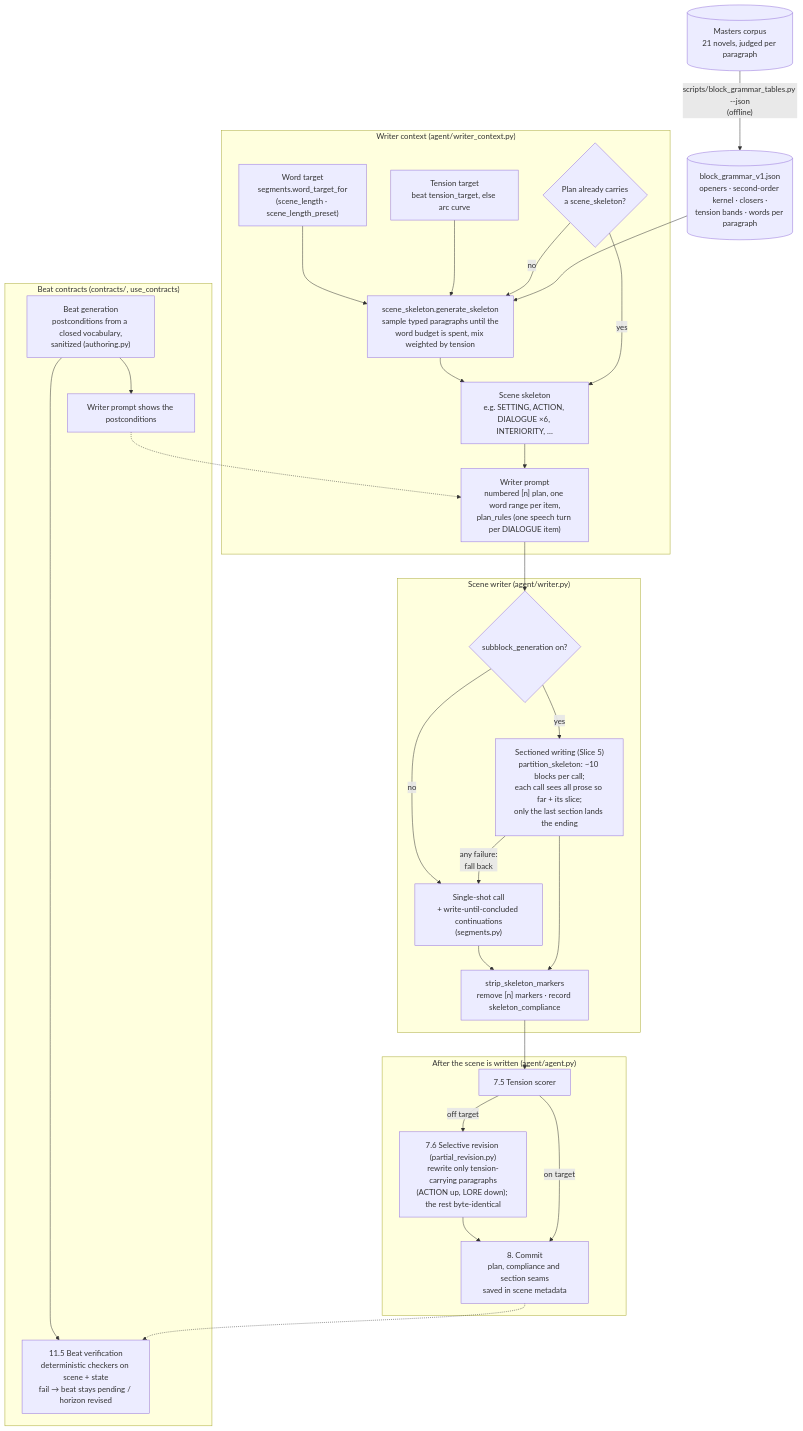
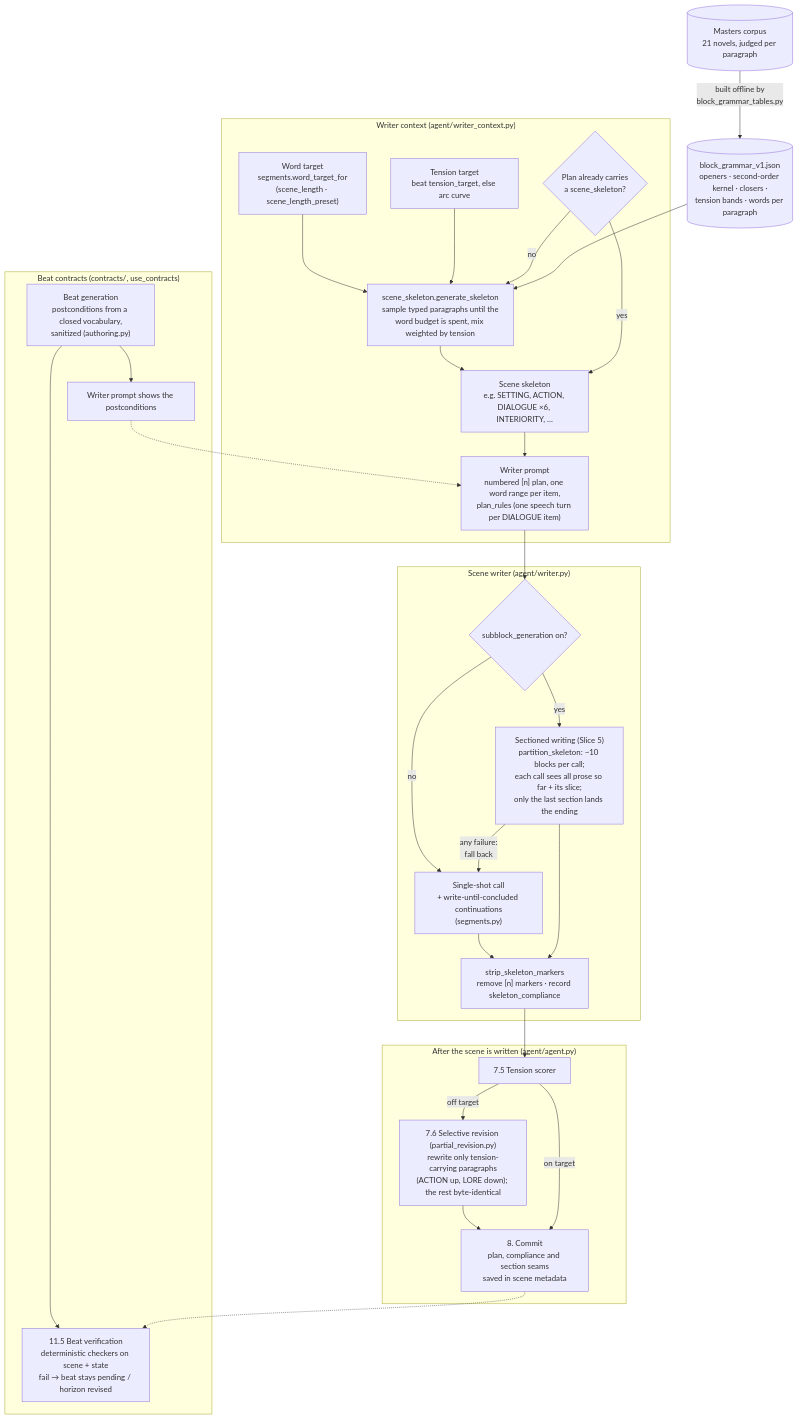
One commit to EdwardAThomson/StoryDaemon changed the diagram in docs/DSL_WRITER_PATH.md. Above: the diagram before and after it, drawn with Mermaid. The commit also changed 1 other file, not shown here.

Commit message:
docs: render the design-era DSL hierarchy as Mermaid; unclip a diagram label
The 2025-11 hierarchy in CONTRACTS_AND_BLOCKS_ARCHITECTURE.md was ASCII art
in a plain code block; it is now a Mermaid flowchart like the others. The
corpus-to-grammar edge label in DSL_WRITER_PATH.md was clipped on GitHub,
so it is shortened.

Claude-Session: https://claude.ai/code/session_01RnCHNRo1Xc3fPXKNA9XhWi

````diff
--- a/docs/DSL_WRITER_PATH.md
+++ b/docs/DSL_WRITER_PATH.md
@@ -12,53 +12,53 @@
 ```mermaid
 flowchart TD
     CORPUS[("Masters corpus<br/>21 novels, judged per paragraph")]
     GRAMMAR[("block_grammar_v1.json<br/>openers · second-order kernel · closers ·<br/>tension bands · words per paragraph")]
-    CORPUS -- "scripts/block_grammar_tables.py --json<br/>(offline)" --> GRAMMAR
+    CORPUS -- "built offline by<br/>block_grammar_tables.py" --> GRAMMAR
 
     subgraph CTX["Writer context (agent/writer_context.py)"]
         WT["Word target<br/>segments.word_target_for<br/>(scene_length · scene_length_preset)"]
         TT["Tension target<br/>beat tension_target, else arc curve"]
         PLANNED{"Plan already carries<br/>a scene_skeleton?"}
         GEN["scene_skeleton.generate_skeleton<br/>sample typed paragraphs until the<br/>word budget is spent, mix weighted by tension"]
         SK["Scene skeleton<br/>e.g. SETTING, ACTION, DIALOGUE ×6, INTERIORITY, …"]
         PROMPT["Writer prompt<br/>numbered [n] plan, one word range per item,<br/>plan_rules (one speech turn per DIALOGUE item)"]
         WT --> GEN
         TT --> GEN
         PLANNED -- no --> GEN --> SK
         PLANNED -- yes --> SK
         SK --> PROMPT
     end
     GRAMMAR --> GEN
 
     subgraph WRITE["Scene writer (agent/writer.py)"]
         SEC{"subblock_generation on?"}
         SINGLE["Single-shot call<br/>+ write-until-concluded continuations<br/>(segments.py)"]
         SECTIONS["Sectioned writing (Slice 5)<br/>partition_skeleton: ~10 blocks per call;<br/>each call sees all prose so far + its slice;<br/>only the last section lands the ending"]
         STRIP["strip_skeleton_markers<br/>remove [n] markers · record skeleton_compliance"]
         SEC -- no --> SINGLE
         SEC -- yes --> SECTIONS
         SECTIONS -- "any failure:<br/>fall back" --> SINGLE
         SINGLE --> STRIP
         SECTIONS --> STRIP
     end
     PROMPT --> SEC
 
     subgraph AFTER["After the scene is written (agent/agent.py)"]
         TEN["7.5 Tension scorer"]
         REV["7.6 Selective revision (partial_revision.py)<br/>rewrite only tension-carrying paragraphs<br/>(ACTION up, LORE down); the rest byte-identical"]
         COMMIT["8. Commit<br/>plan, compliance and section seams<br/>saved in scene metadata"]
         TEN -- "off target" --> REV --> COMMIT
         TEN -- "on target" --> COMMIT
     end
     STRIP --> TEN
 
     subgraph CONTRACTS["Beat contracts (contracts/, use_contracts)"]
         AUTH["Beat generation<br/>postconditions from a closed vocabulary,<br/>sanitized (authoring.py)"]
         SHOW["Writer prompt shows the postconditions"]
         CHECK["11.5 Beat verification<br/>deterministic checkers on scene + state<br/>fail → beat stays pending / horizon revised"]
         AUTH --> SHOW
         AUTH --> CHECK
     end
     SHOW -.-> PROMPT
     COMMIT -.-> CHECK
 ```
````
